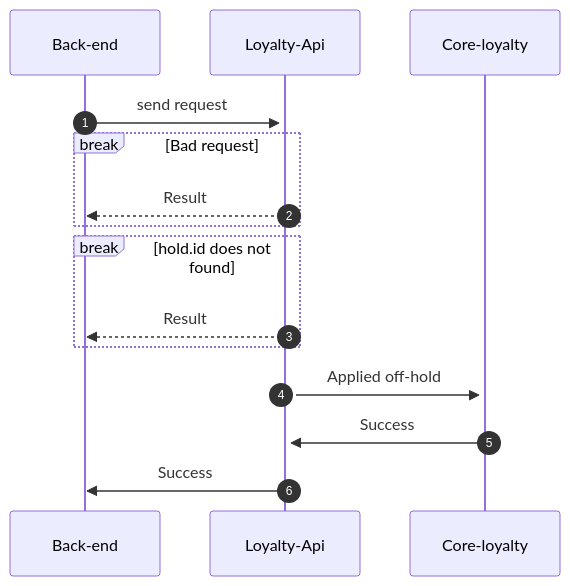
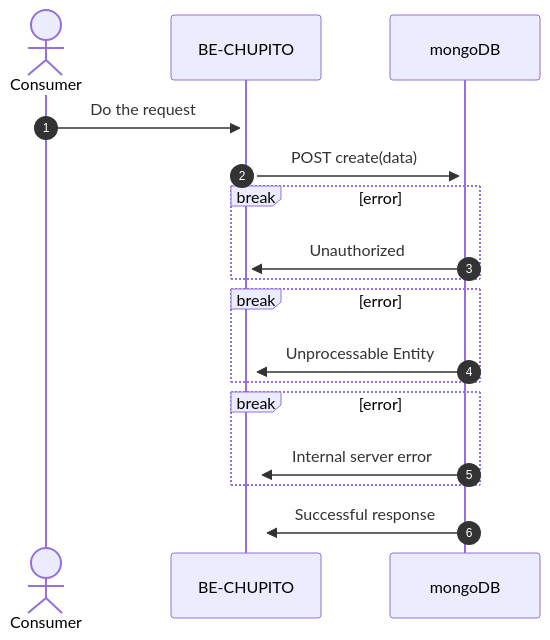
One commit to CHUPITO-Org/documentation-CHUPITO changed the fourth of 4 diagrams in docs/application/businesscapabilities/redention.md. Above: the diagram before and after it, drawn with Mermaid. The commit also changed other lines of this file and 4 other files, not shown here.

Commit message:
feat: :sparkles: add sequence diagram

````diff
--- a/docs/application/businesscapabilities/redention.md
+++ b/docs/application/businesscapabilities/redention.md
@@ -60,23 +132,26 @@
 ```mermaid
 sequenceDiagram
     autonumber
 
-    participant Back-end
-    participant Loyalty-Api
-    participant Core-loyalty
+    actor CONSUMER as Consumer
+    participant BE-CHUPITO
+    participant mongoDB
 
-    Back-end->>+Loyalty-Api: send request
+    CONSUMER->>+BE-CHUPITO: Do the request
 
-    break Bad request
-        Loyalty-Api-->>Back-end: Result
-    end
-    
-    break hold.id does not found 
-        Loyalty-Api-->>Back-end: Result
+    BE-CHUPITO->>+mongoDB: POST create(data)
+
+    break error
+        mongoDB->>+BE-CHUPITO: Unauthorized
     end
 
+    break error
+        mongoDB->>+BE-CHUPITO: Unprocessable Entity
+    end
 
-    Loyalty-Api->>+Core-loyalty: Applied off-hold
-    Core-loyalty->>Loyalty-Api: Success
-    Loyalty-Api->>Back-end: Success
+    break error
+        mongoDB->>+BE-CHUPITO: Internal server error
+    end
+
+    mongoDB->>+BE-CHUPITO: Successful response
 ```
````
